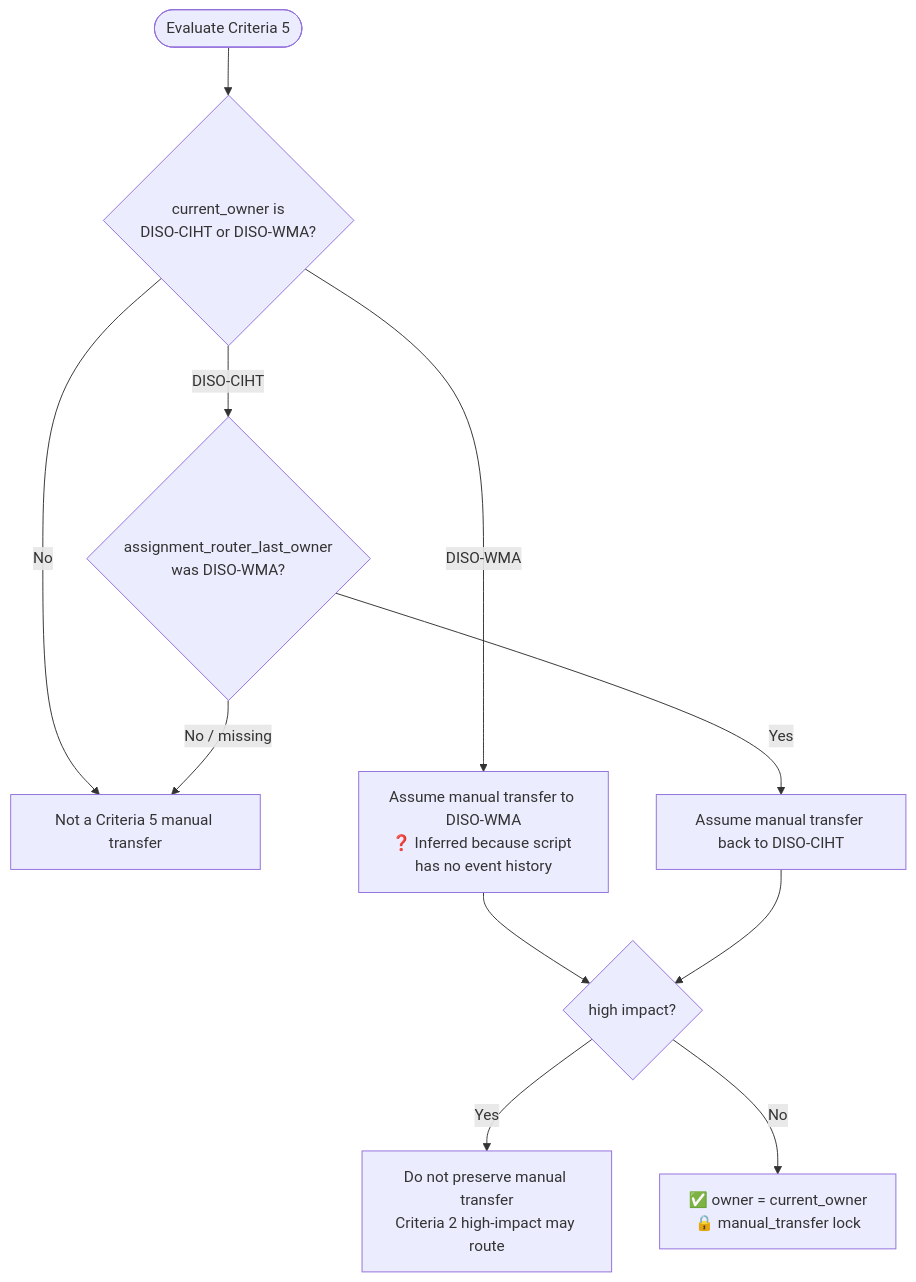
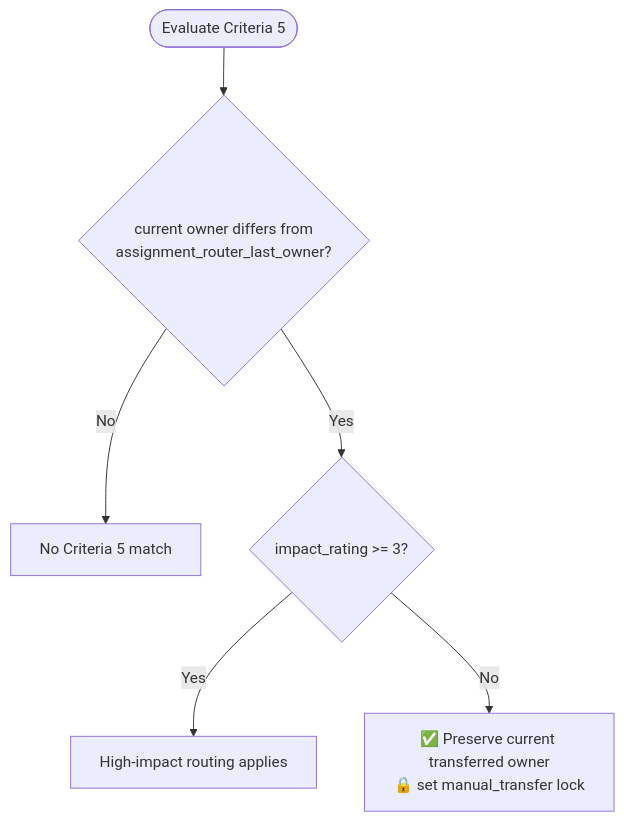
The fourth of 4 diagrams in assignment_ruleset_flow.md (hsmith56/resilient-pocs), drawn with Mermaid before and after one commit. The commit also changed other lines of this file and 11 other files, not shown here.

````diff
--- a/assignment_ruleset_flow.md
+++ b/assignment_ruleset_flow.md
@@ -172,15 +145,8 @@
 ```mermaid
 flowchart TD
-    MStart([Evaluate Criteria 5]) --> MOwner{current_owner is<br/>DISO-CIHT or DISO-WMA?}
-    MOwner -- No --> MNo[Not a Criteria 5 manual transfer]
-    MOwner -- DISO-WMA --> MWMA[Assume manual transfer to DISO-WMA<br/>❓ Inferred because script has no event history]
-    MOwner -- DISO-CIHT --> MLast{assignment_router_last_owner<br/>was DISO-WMA?}
-
-    MLast -- Yes --> MCIHT[Assume manual transfer back to DISO-CIHT]
-    MLast -- No / missing --> MNo
-
-    MWMA --> MImpact{high impact?}
-    MCIHT --> MImpact
-    MImpact -- Yes --> MHigh[Do not preserve manual transfer<br/>Criteria 2 high-impact may route]
-    MImpact -- No --> MPreserve[✅ owner = current_owner<br/>🔒 manual_transfer lock]
+    MStart([Evaluate Criteria 5]) --> MChanged{current owner differs from<br/>assignment_router_last_owner?}
+    MChanged -- No --> MNo[No Criteria 5 match]
+    MChanged -- Yes --> MImpact{impact_rating >= 3?}
+    MImpact -- Yes --> MHigh[High-impact routing applies]
+    MImpact -- No --> MPreserve[✅ Preserve current transferred owner<br/>🔒 set manual_transfer lock]
 ```
````
